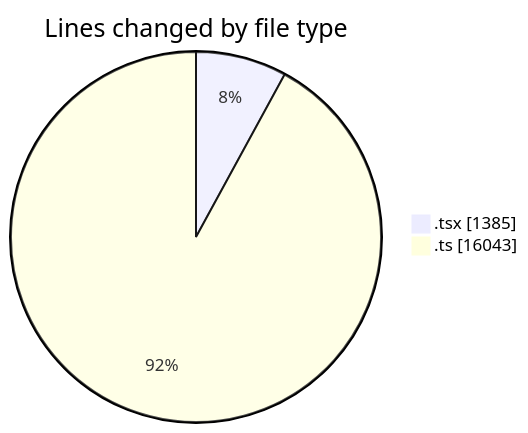
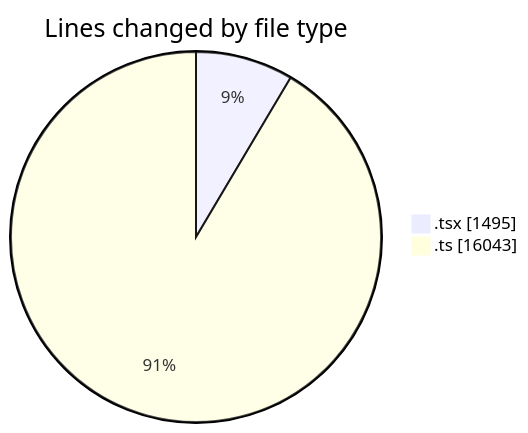
One commit to momahboobian/code-tracking changed the first of 2 diagrams in 2025-07-07/cda/README.md. Above: the diagram before and after it, drawn with Mermaid. The commit also changed other lines of this file and 1 other file, not shown here.

````diff
--- a/2025-07-07/cda/README.md
+++ b/2025-07-07/cda/README.md
@@ -26,6 +26,6 @@
 ```mermaid
 pie showData
 title Lines changed by file type
-".tsx" : 1385
+".tsx" : 1495
 ".ts" : 16043
 ```
````
